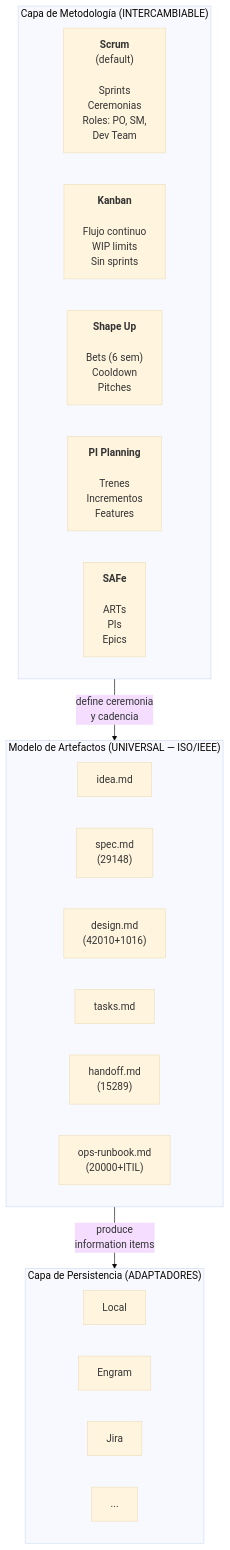
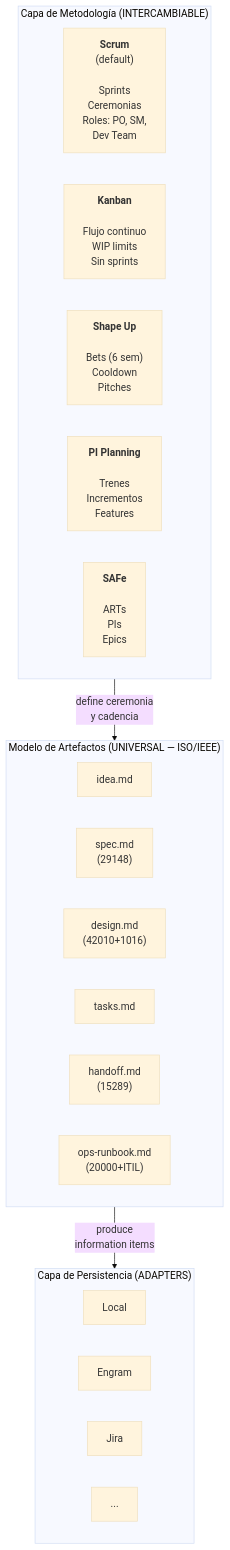
One commit to virgenherrera/idea-to-mvp changed the first of 6 diagrams in docs/planning/artifacts/methodology.md. Above: the diagram before and after it, drawn with Mermaid (base theme). The commit also changed other lines of this file and 30 other files, not shown here.

````diff
--- a/docs/planning/artifacts/methodology.md
+++ b/docs/planning/artifacts/methodology.md
@@ -40,32 +40,32 @@
 ```mermaid
 flowchart TD
     subgraph METH["Capa de Metodología (INTERCAMBIABLE)"]
         direction LR
         SCRUM["<b>Scrum</b>\n(default)\n\nSprints\nCeremonias\nRoles: PO, SM,\nDev Team"]
         KANBAN["<b>Kanban</b>\n\nFlujo continuo\nWIP limits\nSin sprints"]
         SHAPEUP["<b>Shape Up</b>\n\nBets (6 sem)\nCooldown\nPitches"]
         PIPLANNING["<b>PI Planning</b>\n\nTrenes\nIncrementos\nFeatures"]
         SAFe["<b>SAFe</b>\n\nARTs\nPIs\nEpics"]
     end
 
     subgraph ARTIFACT_LAYER["Modelo de Artefactos (UNIVERSAL — ISO/IEEE)"]
         direction LR
         A_IDEA["idea.md"]
         A_SPEC["spec.md\n(29148)"]
         A_DESIGN["design.md\n(42010+1016)"]
         A_TASKS["tasks.md"]
         A_HANDOFF["handoff.md\n(15289)"]
         A_OPS["ops-runbook.md\n(20000+ITIL)"]
     end
 
-    subgraph PERSIST["Capa de Persistencia (ADAPTADORES)"]
+    subgraph PERSIST["Capa de Persistencia (ADAPTERS)"]
         direction LR
         AD_LOCAL["Local"]
         AD_ENGRAM["Engram"]
         AD_JIRA["Jira"]
         AD_OTHER["..."]
     end
 
     METH -->|"define ceremonia\ny cadencia"| ARTIFACT_LAYER
     ARTIFACT_LAYER -->|"produce\ninformation items"| PERSIST
 ```
````
